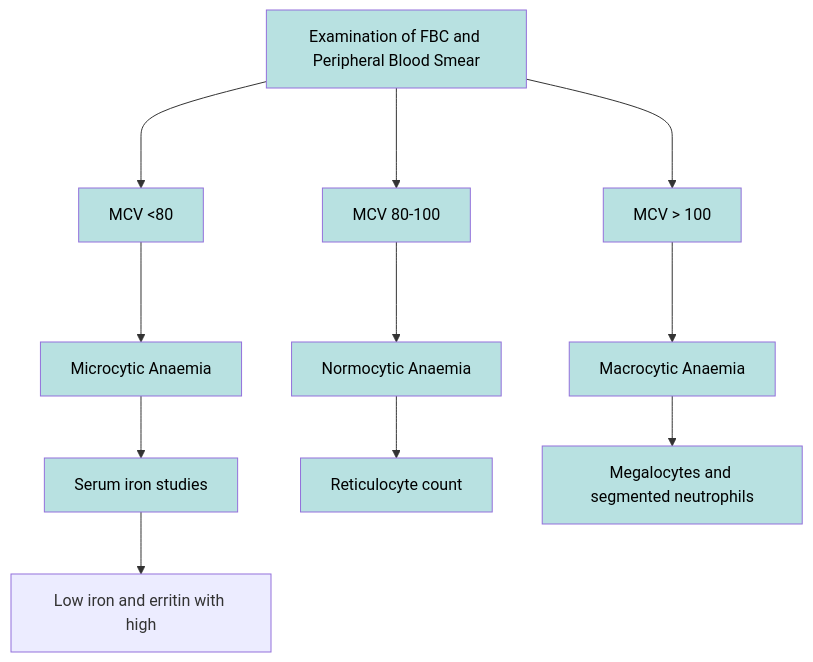
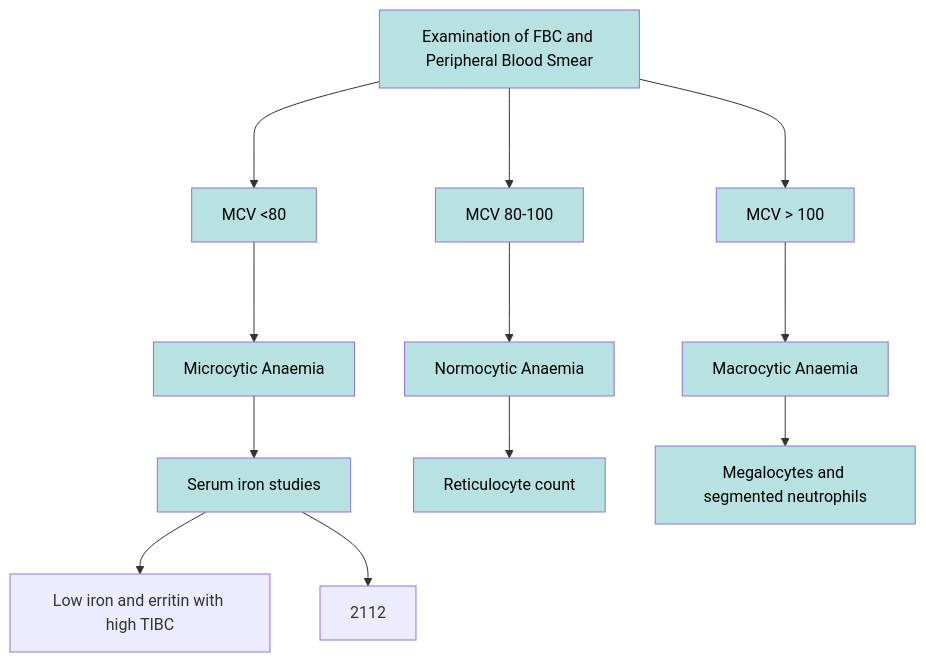
The diagram in Med Notes/Diseases/Haem/Anaemia.md (Ahsome/NIMA-Notes), drawn with Mermaid before and after one commit.

Commit message:
vault backup: 2023-05-12 19:33:55
Affected files:
Med Notes/Diseases/Haem/Anaemia.md

````diff
--- a/Med Notes/Diseases/Haem/Anaemia.md
+++ b/Med Notes/Diseases/Haem/Anaemia.md
@@ -14,34 +14,35 @@
 ```mermaid
 flowchart TB
 1[Examination of FBC and Peripheral Blood Smear]--->2[MCV <80]
 1---> 3[MCV 80-100]
 1--->4[MCV > 100]
 
 2 ---> 21[Microcytic Anaemia]
 3 ---> 31[Normocytic Anaemia]
 4 ---> 41[Macrocytic Anaemia]
 
 21 --> 211[Serum iron studies]
 31 --> 311[Reticulocyte count]
 41 --> 411[Megalocytes and segmented neutrophils]
 
-211 --> 2111[Low iron and erritin with high ]
+211 --> 2111[Low iron and erritin with high TIBC]
+211 --> 2112
 
 class 21 internal-link
 class 31 internal-link
 class 41 internal-link
 
 style 1 fill:#b8e1e1,color:#000000
 style 2 fill:#b8e1e1,color:#000000
 style 3 fill:#b8e1e1,color:#000000
 style 4 fill:#b8e1e1,color:#000000
 
 style 21 fill:#b8e1e1,color:#000000
 style 31 fill:#b8e1e1,color:#000000
 style 41 fill:#b8e1e1,color:#000000
 
 style 211 fill:#b8e1e1,color:#000000
 style 311 fill:#b8e1e1,color:#000000
 style 411 fill:#b8e1e1,color:#000000
 
 ```
````
